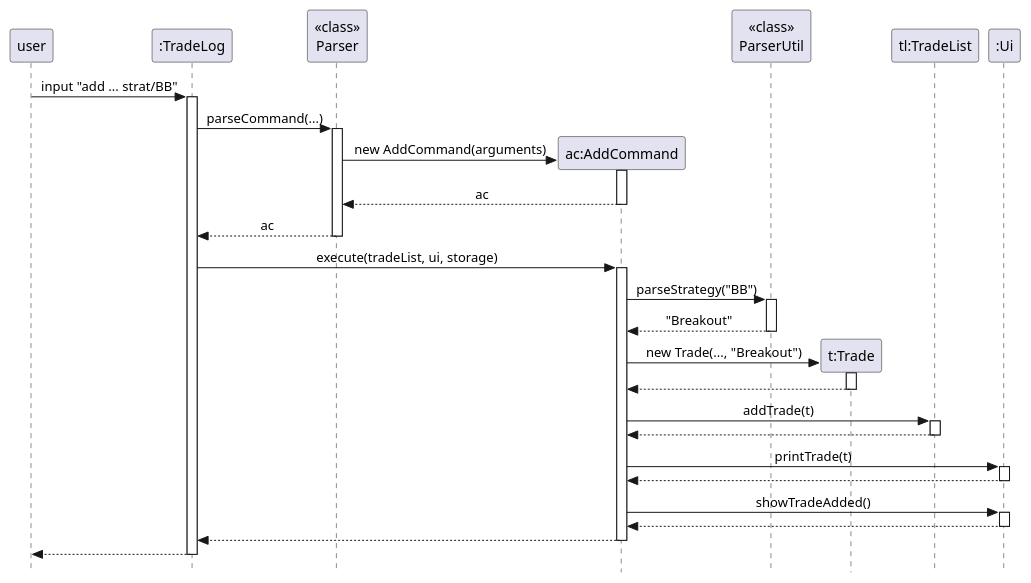
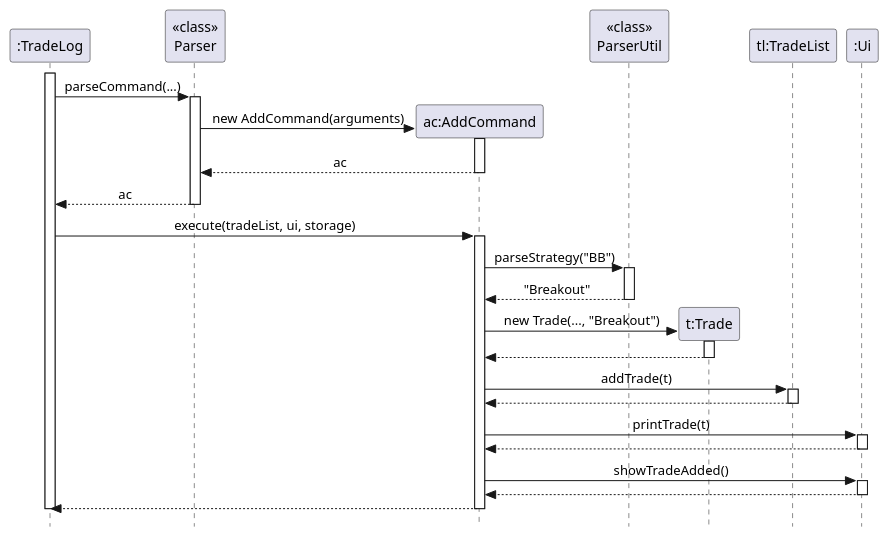
Before and after one commit to AY2526S2-CS2113-T11-2/tp: the diagram in docs/diagrams/strategy-shortcut-add-sequence.puml, drawn with PlantUML. The commit also changed 11 other files, not shown here.

Commit message:
Update diagrams

```diff
--- a/docs/diagrams/strategy-shortcut-add-sequence.puml
+++ b/docs/diagrams/strategy-shortcut-add-sequence.puml
@@ -1,58 +1,55 @@
 @startuml
 hide footbox
 skinparam Style strictuml
 skinparam SequenceMessageAlign center
 
-participant "user" as User
 participant ":TradeLog" as TradeLog
 participant "<<class>>\nParser" as Parser
 participant "ac:AddCommand" as AddCommand
 participant "<<class>>\nParserUtil" as ParserUtil
 participant "t:Trade" as Trade
 participant "tl:TradeList" as TradeList
 participant ":Ui" as Ui
 
-User -> TradeLog : input "add ... strat/BB"
 activate TradeLog
 
 TradeLog -> Parser : parseCommand(...)
 activate Parser
 create AddCommand
 Parser -> AddCommand : new AddCommand(arguments)
 activate AddCommand
 AddCommand --> Parser : ac
 deactivate AddCommand
 Parser --> TradeLog : ac
 deactivate Parser
 
 TradeLog -> AddCommand : execute(tradeList, ui, storage)
 activate AddCommand
 
 AddCommand -> ParserUtil : parseStrategy("BB")
 activate ParserUtil
 ParserUtil --> AddCommand : "Breakout"
 deactivate ParserUtil
 
 create Trade
 AddCommand -> Trade : new Trade(..., "Breakout")
 activate Trade
 Trade --> AddCommand
 deactivate Trade
 
 AddCommand -> TradeList : addTrade(t)
 activate TradeList
 TradeList --> AddCommand
 deactivate TradeList
 AddCommand -> Ui : printTrade(t)
 activate Ui
 Ui --> AddCommand
 deactivate Ui
 AddCommand -> Ui : showTradeAdded()
 activate Ui
 Ui --> AddCommand
 deactivate Ui
 AddCommand --> TradeLog
 deactivate AddCommand
-TradeLog --> User
 deactivate TradeLog
 @enduml
```
